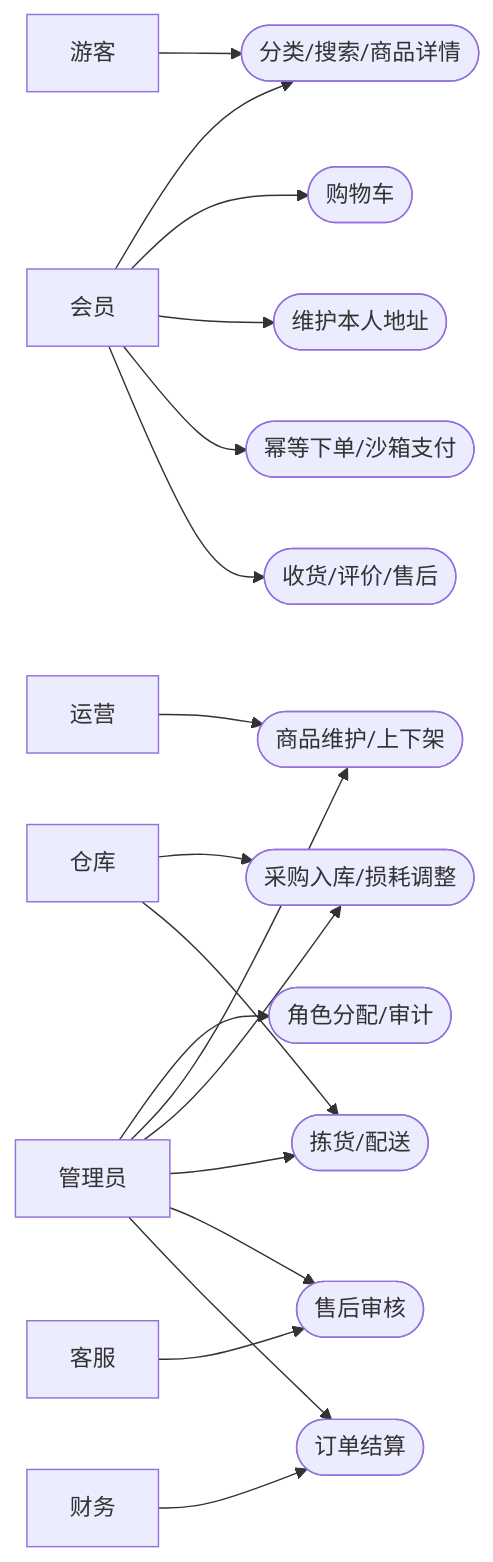
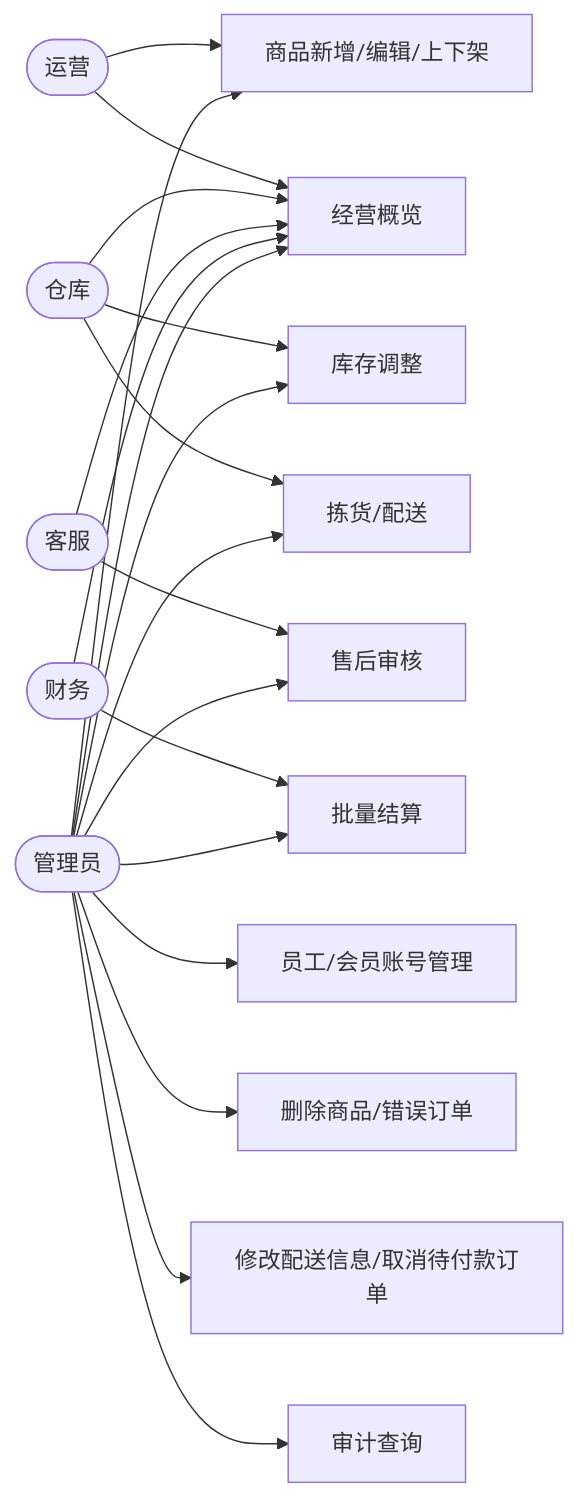
The third of 7 diagrams in docs/requirements.md (Weishi-corroding/freshmarket-platform), drawn with Mermaid before and after one commit. The commit also changed other lines of this file and 139 other files, not shown here.

````diff
--- a/docs/requirements.md
+++ b/docs/requirements.md
@@ -69,20 +204,22 @@
 ```mermaid
 flowchart LR
-  Guest[游客] --> Browse([分类/搜索/商品详情])
-  Member[会员] --> Browse
-  Member --> Cart([购物车])
-  Member --> Address([维护本人地址])
-  Member --> Checkout([幂等下单/沙箱支付])
-  Member --> Receive([收货/评价/售后])
-  Operator[运营] --> Product([商品维护/上下架])
-  Warehouse[仓库] --> Stock([采购入库/损耗调整])
-  Warehouse --> Fulfill([拣货/配送])
-  Support[客服] --> Refund([售后审核])
-  Finance[财务] --> Settlement([订单结算])
-  Admin[管理员] --> RBAC([角色分配/审计])
-  Admin --> Product
-  Admin --> Stock
-  Admin --> Fulfill
-  Admin --> Refund
-  Admin --> Settlement
+  Operator([运营]) --> UC13[商品新增/编辑/上下架]
+  Warehouse([仓库]) --> UC14[库存调整]
+  Warehouse --> UC15[拣货/配送]
+  Support([客服]) --> UC16[售后审核]
+  Finance([财务]) --> UC17[批量结算]
+  Admin([管理员]) --> UC18[员工/会员账号管理]
+  Admin --> UC19[删除商品/错误订单]
+  Admin --> UC20[修改配送信息/取消待付款订单]
+  Admin --> UC21[审计查询]
+  Admin --> UC13
+  Admin --> UC14
+  Admin --> UC15
+  Admin --> UC16
+  Admin --> UC17
+  Operator --> UC22[经营概览]
+  Warehouse --> UC22
+  Support --> UC22
+  Finance --> UC22
+  Admin --> UC22
 ```
````
